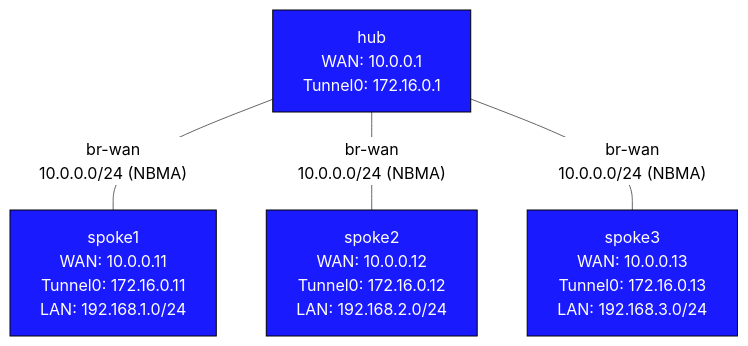
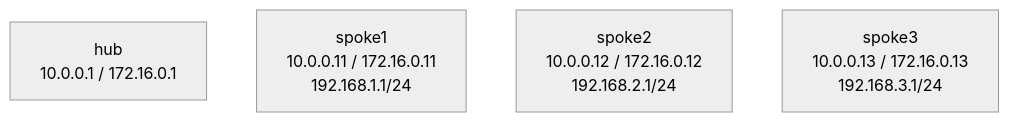
Before and after one commit to jschless/networkingLabs: the diagram in labs/debug-dmvpn-phase1/README.md, drawn with Mermaid (neutral theme). The commit also changed other lines of this file and 49 other files, not shown here.

````diff
--- a/labs/debug-dmvpn-phase1/README.md
+++ b/labs/debug-dmvpn-phase1/README.md
@@ -9,14 +15,7 @@
 ```mermaid
 flowchart TB
-    hub["hub\nWAN: 10.0.0.1\nTunnel0: 172.16.0.1"]
-    spoke1["spoke1\nWAN: 10.0.0.11\nTunnel0: 172.16.0.11\nLAN: 192.168.1.0/24"]
-    spoke2["spoke2\nWAN: 10.0.0.12\nTunnel0: 172.16.0.12\nLAN: 192.168.2.0/24"]
-    spoke3["spoke3\nWAN: 10.0.0.13\nTunnel0: 172.16.0.13\nLAN: 192.168.3.0/24"]
-
-    hub -- "br-wan\n10.0.0.0/24 (NBMA)" --- spoke1
-    hub -- "br-wan\n10.0.0.0/24 (NBMA)" --- spoke2
-    hub -- "br-wan\n10.0.0.0/24 (NBMA)" --- spoke3
-
-    classDef router fill:#1a1aff,color:#fff,stroke:#000
-    class hub,spoke1,spoke2,spoke3 router
+    hub["hub\n10.0.0.1 / 172.16.0.1"]
+    spoke1["spoke1\n10.0.0.11 / 172.16.0.11\n192.168.1.1/24"]
+    spoke2["spoke2\n10.0.0.12 / 172.16.0.12\n192.168.2.1/24"]
+    spoke3["spoke3\n10.0.0.13 / 172.16.0.13\n192.168.3.1/24"]
 ```
````
